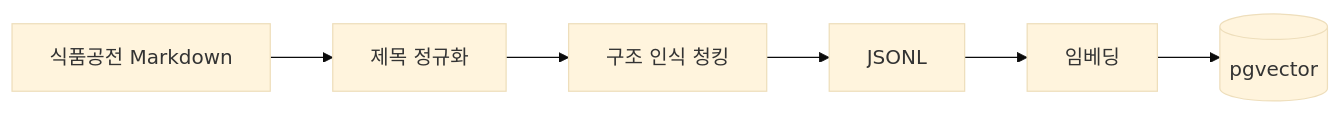
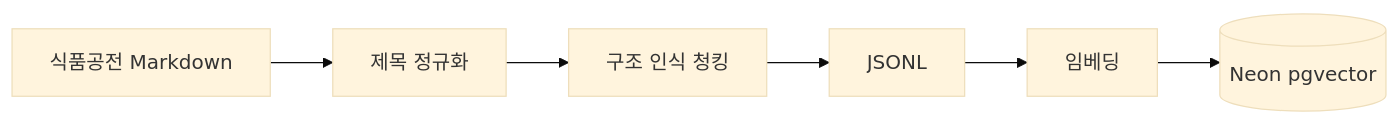
The second of 2 diagrams in README.md (hyyang9070/foodsafety-ai-chatbot), drawn with Mermaid (base theme) before and after one commit. The commit also changed other lines of this file and 6 other files, not shown here.

````diff
--- a/README.md
+++ b/README.md
@@ -46,8 +46,8 @@
 ```mermaid
 flowchart LR
     M[식품공전 Markdown] --> P[제목 정규화]
     P --> C[구조 인식 청킹]
     C --> J[JSONL]
     J --> E[임베딩]
-    E --> V[(pgvector)]
+    E --> V[(Neon pgvector)]
 ```
````
